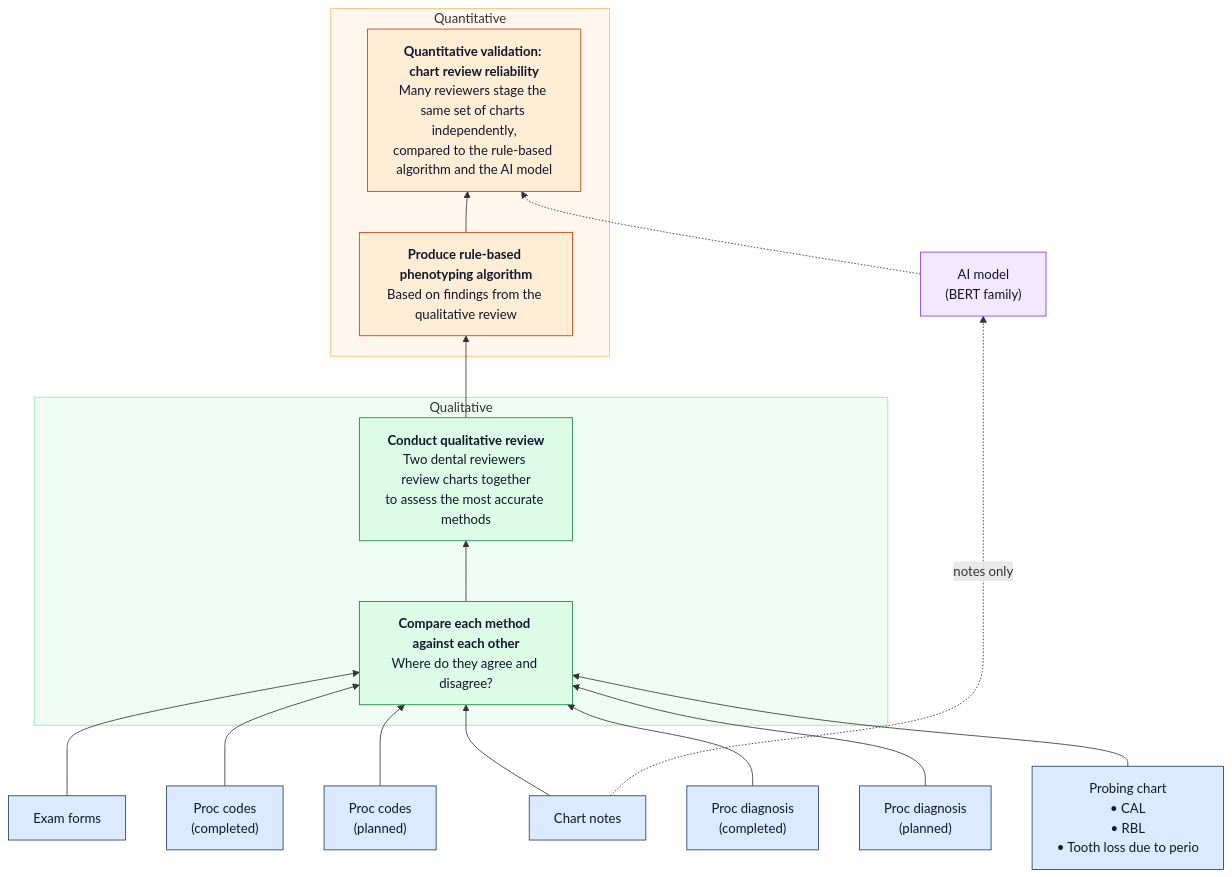
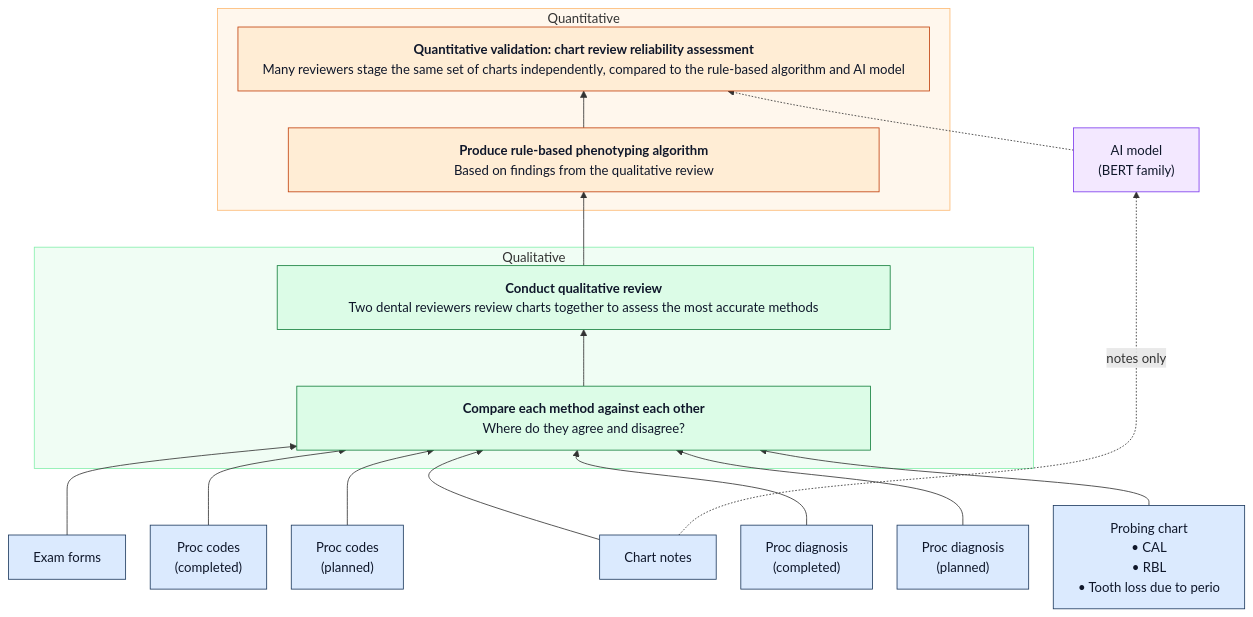
Before and after one commit to Health-Transformation-Lab/health-transformation-lab-nlp: the diagram in docs/process.md, drawn with Mermaid. The commit also changed 1 other file, not shown here.

Commit message:
Process diagram: wide, short boxes for the four study steps, matching the original
Claude-Session: https://claude.ai/code/session_01XzP3S3TKJgW5SmtBTtKn6T

````diff
--- a/docs/process.md
+++ b/docs/process.md
@@ -7,36 +7,37 @@
 ```mermaid
+%%{init: {"flowchart": {"wrappingWidth": 1000, "nodeSpacing": 30, "rankSpacing": 45}}}%%
 flowchart BT
         N["Chart notes"]
         E["Exam forms"]
         PC["Proc codes<br/>(completed)"]
         PP["Proc codes<br/>(planned)"]
         DC["Proc diagnosis<br/>(completed)"]
         DP["Proc diagnosis<br/>(planned)"]
         PR["Probing chart<br/>• CAL<br/>• RBL<br/>• Tooth loss due to perio"]
 
     subgraph Q["Qualitative"]
-        C["<b>Compare each method against each other</b><br/>Where do they agree and disagree?"]
-        R["<b>Conduct qualitative review</b><br/>Two dental reviewers review charts together<br/>to assess the most accurate methods"]
+        C["<b>Compare each method against each other</b><br/>&nbsp;&nbsp;&nbsp;&nbsp;&nbsp;&nbsp;&nbsp;&nbsp;&nbsp;&nbsp;&nbsp;&nbsp;&nbsp;&nbsp;&nbsp;&nbsp;&nbsp;&nbsp;&nbsp;&nbsp;&nbsp;&nbsp;&nbsp;&nbsp;&nbsp;&nbsp;&nbsp;&nbsp;&nbsp;&nbsp;&nbsp;&nbsp;&nbsp;&nbsp;&nbsp;&nbsp;&nbsp;&nbsp;&nbsp;&nbsp;&nbsp;&nbsp;&nbsp;&nbsp;&nbsp;&nbsp;&nbsp;&nbsp;Where do they agree and disagree?&nbsp;&nbsp;&nbsp;&nbsp;&nbsp;&nbsp;&nbsp;&nbsp;&nbsp;&nbsp;&nbsp;&nbsp;&nbsp;&nbsp;&nbsp;&nbsp;&nbsp;&nbsp;&nbsp;&nbsp;&nbsp;&nbsp;&nbsp;&nbsp;&nbsp;&nbsp;&nbsp;&nbsp;&nbsp;&nbsp;&nbsp;&nbsp;&nbsp;&nbsp;&nbsp;&nbsp;&nbsp;&nbsp;&nbsp;&nbsp;&nbsp;&nbsp;&nbsp;&nbsp;&nbsp;&nbsp;&nbsp;&nbsp;"]
+        R["<b>Conduct qualitative review</b><br/>&nbsp;&nbsp;&nbsp;&nbsp;&nbsp;&nbsp;&nbsp;&nbsp;&nbsp;&nbsp;&nbsp;&nbsp;&nbsp;&nbsp;Two dental reviewers review charts together to assess the most accurate methods&nbsp;&nbsp;&nbsp;&nbsp;&nbsp;&nbsp;&nbsp;&nbsp;&nbsp;&nbsp;&nbsp;&nbsp;&nbsp;&nbsp;"]
     end
 
     subgraph V["Quantitative"]
-        A["<b>Produce rule-based phenotyping algorithm</b><br/>Based on findings from the qualitative review"]
-        QV["<b>Quantitative validation: chart review reliability</b><br/>Many reviewers stage the same set of charts independently,<br/>compared to the rule-based algorithm and the AI model"]
+        A["<b>Produce rule-based phenotyping algorithm</b><br/>&nbsp;&nbsp;&nbsp;&nbsp;&nbsp;&nbsp;&nbsp;&nbsp;&nbsp;&nbsp;&nbsp;&nbsp;&nbsp;&nbsp;&nbsp;&nbsp;&nbsp;&nbsp;&nbsp;&nbsp;&nbsp;&nbsp;&nbsp;&nbsp;&nbsp;&nbsp;&nbsp;&nbsp;&nbsp;&nbsp;&nbsp;&nbsp;&nbsp;&nbsp;&nbsp;&nbsp;&nbsp;&nbsp;&nbsp;&nbsp;&nbsp;&nbsp;Based on findings from the qualitative review&nbsp;&nbsp;&nbsp;&nbsp;&nbsp;&nbsp;&nbsp;&nbsp;&nbsp;&nbsp;&nbsp;&nbsp;&nbsp;&nbsp;&nbsp;&nbsp;&nbsp;&nbsp;&nbsp;&nbsp;&nbsp;&nbsp;&nbsp;&nbsp;&nbsp;&nbsp;&nbsp;&nbsp;&nbsp;&nbsp;&nbsp;&nbsp;&nbsp;&nbsp;&nbsp;&nbsp;&nbsp;&nbsp;&nbsp;&nbsp;&nbsp;&nbsp;"]
+        QV["<b>Quantitative validation: chart review reliability assessment</b><br/>Many reviewers stage the same set of charts independently, compared to the rule-based algorithm and AI model"]
     end
 
     N & E & PC & PP & DC & DP & PR --> C
     C --> R --> A --> QV
     N -. "notes only" .-> AI["AI model<br/>(BERT family)"]
     AI -.-> QV
 
     classDef src fill:#dbeafe,stroke:#1e3a5f,color:#0f172a
     classDef qual fill:#dcfce7,stroke:#15803d,color:#0f172a
     classDef quant fill:#ffedd5,stroke:#c2410c,color:#0f172a
     classDef ai fill:#f3e8ff,stroke:#7c3aed,color:#0f172a
     class N,E,PC,PP,DC,DP,PR src
     class C,R qual
     class A,QV quant
     class AI ai
     style Q fill:#f0fdf4,stroke:#86efac
     style V fill:#fff7ed,stroke:#fdba74
 ```
````
